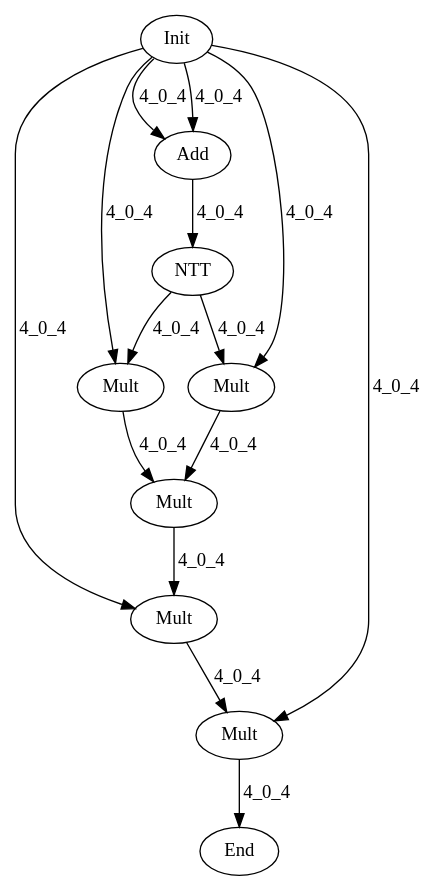
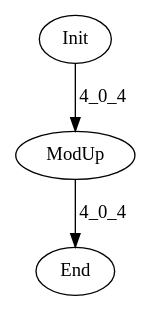
One commit to hal-lab-u-tokyo/PolyFHE changed the diagram in data/graph_poly.dot. Above: the diagram before and after it, drawn with Graphviz. The commit also changed 6 other files, not shown here.

```diff
--- a/data/graph_poly.dot
+++ b/data/graph_poly.dot
@@ -1,25 +1,7 @@
 digraph G {
 Init[label="Init"];
 End[label="End"];
-Add0[label="Add"];
-NTT[label="NTT"];
-Mult0[label="Mult"];
-Mult1[label="Mult"];
-Mult2[label="Mult"];
-Mult3[label="Mult"];
-Mult4[label="Mult"];
-Init -> Add0[label="4_0_4"];
-Init -> Add0[label="4_0_4"];
-Init -> Mult0[label="4_0_4"];
-Init -> Mult1[label="4_0_4"];
-Add0 -> NTT[label="4_0_4"];
-NTT -> Mult0[label="4_0_4"];
-NTT -> Mult1[label="4_0_4"];
-Mult0 -> Mult2[label="4_0_4"];
-Mult1 -> Mult2[label="4_0_4"];
-Mult2 -> Mult3[label="4_0_4"];
-Mult3 -> Mult4[label="4_0_4"];
-Init -> Mult3[label="4_0_4"];
-Init -> Mult4[label="4_0_4"];
-Mult4 -> End[label="4_0_4"];
+ModUp[label="ModUp"];
+Init -> ModUp[label="4_0_4"];
+ModUp -> End[label="4_0_4"];
 }
```
